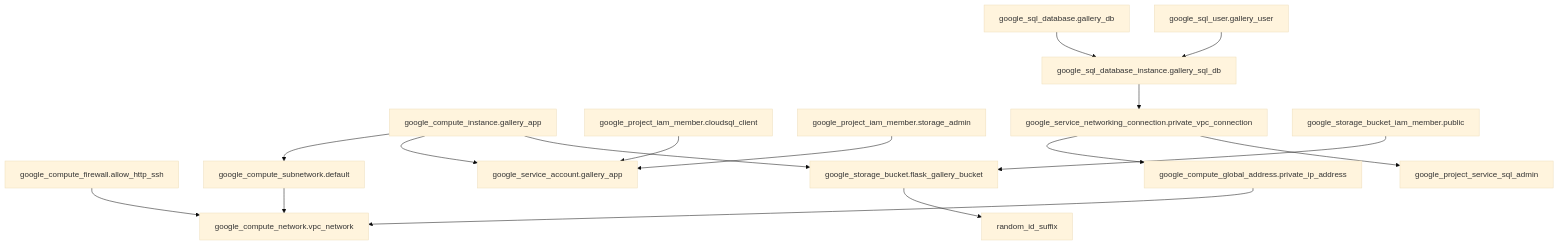
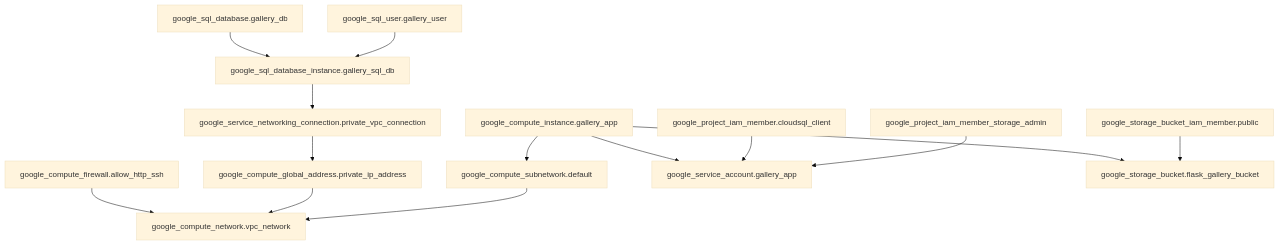
The diagram in README.md (charliedough/FinalCloudComputing), drawn with Mermaid (base theme) before and after one commit.

````diff
--- a/README.md
+++ b/README.md
@@ -2,35 +2,32 @@
 ```mermaid
 flowchart TD
   %% Nodes
   google_compute_firewall_allow_http_ssh["google_compute_firewall.allow_http_ssh"]
   google_compute_global_address_private_ip_address["google_compute_global_address.private_ip_address"]
   google_compute_instance_gallery_app["google_compute_instance.gallery_app"]
   google_compute_network_vpc_network["google_compute_network.vpc_network"]
   google_compute_subnetwork_default["google_compute_subnetwork.default"]
   google_project_iam_member_cloudsql_client["google_project_iam_member.cloudsql_client"]
-  google_project_iam_member_storage_admin["google_project_iam_member.storage_admin"]
   google_service_account_gallery_app["google_service_account.gallery_app"]
   google_service_networking_connection_private_vpc_connection["google_service_networking_connection.private_vpc_connection"]
   google_sql_database_gallery_db["google_sql_database.gallery_db"]
   google_sql_database_instance_gallery_sql_db["google_sql_database_instance.gallery_sql_db"]
   google_sql_user_gallery_user["google_sql_user.gallery_user"]
   google_storage_bucket_flask_gallery_bucket["google_storage_bucket.flask_gallery_bucket"]
   google_storage_bucket_iam_member_public["google_storage_bucket_iam_member.public"]
 
   %% Edges
   google_compute_firewall_allow_http_ssh --> google_compute_network_vpc_network
   google_compute_global_address_private_ip_address --> google_compute_network_vpc_network
   google_compute_instance_gallery_app --> google_compute_subnetwork_default
   google_compute_instance_gallery_app --> google_service_account_gallery_app
   google_compute_instance_gallery_app --> google_storage_bucket_flask_gallery_bucket
   google_compute_subnetwork_default --> google_compute_network_vpc_network
   google_project_iam_member_cloudsql_client --> google_service_account_gallery_app
   google_project_iam_member_storage_admin --> google_service_account_gallery_app
   google_service_networking_connection_private_vpc_connection --> google_compute_global_address_private_ip_address
-  google_service_networking_connection_private_vpc_connection --> google_project_service_sql_admin
   google_sql_database_gallery_db --> google_sql_database_instance_gallery_sql_db
   google_sql_database_instance_gallery_sql_db --> google_service_networking_connection_private_vpc_connection
   google_sql_user_gallery_user --> google_sql_database_instance_gallery_sql_db
-  google_storage_bucket_flask_gallery_bucket --> random_id_suffix
   google_storage_bucket_iam_member_public --> google_storage_bucket_flask_gallery_bucket
 ```
````
